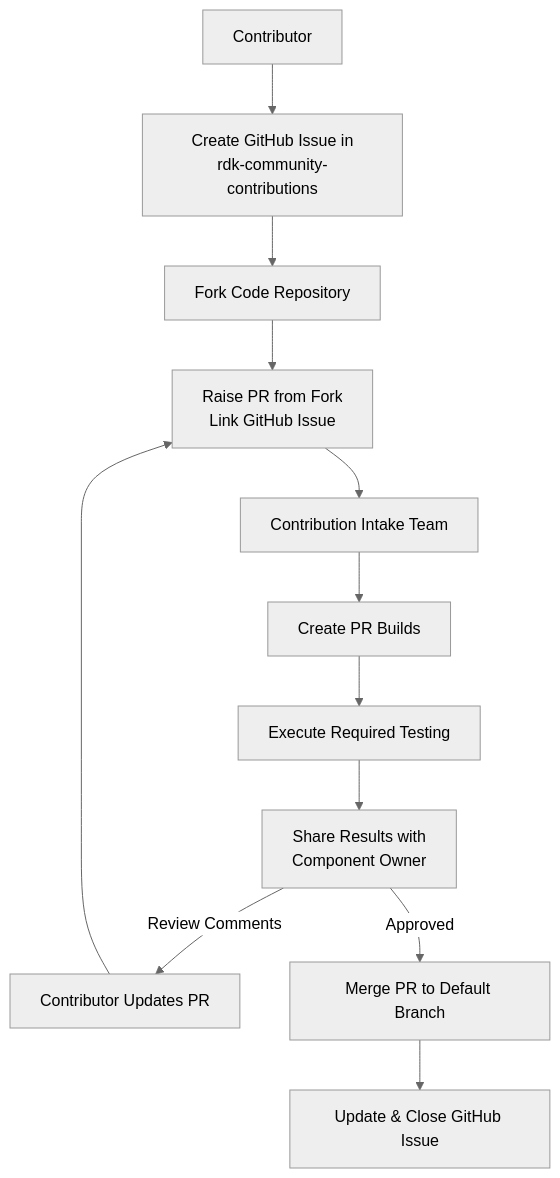
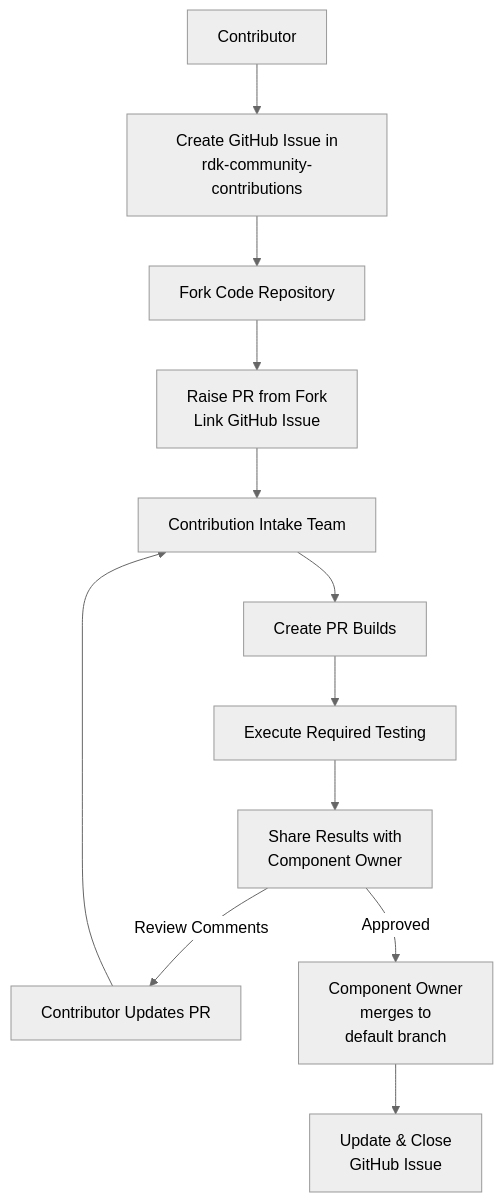
The first of 3 diagrams in docs/ContibutionProcess/Contributing.md (rdkcentral/docs), drawn with Mermaid (neutral theme) before and after one commit. The commit also changed other lines of this file, not shown here.

````diff
--- a/docs/ContibutionProcess/Contributing.md
+++ b/docs/ContibutionProcess/Contributing.md
@@ -198,23 +184,23 @@
 ```mermaid
 flowchart TD
     A[Contributor] --> B[Create GitHub Issue in<br/>rdk-community-contributions]
 
     B --> C[Fork Code Repository]
 
     C --> D[Raise PR from Fork<br/>Link GitHub Issue]
 
     D --> E[Contribution Intake Team]
 
     E --> F[Create PR Builds]
 
     F --> G[Execute Required Testing]
 
     G --> H[Share Results with<br/>Component Owner]
 
     H -->|Review Comments| I[Contributor Updates PR]
-    I --> D
+    I --> E
 
-    H -->|Approved| J[Merge PR to Default Branch]
+    H -->|Approved| J[Component Owner<br/>merges to<br/>default branch]
 
-    J --> K[Update & Close GitHub Issue]
+    J --> K[Update & Close<br/>GitHub Issue]
 ```
````
